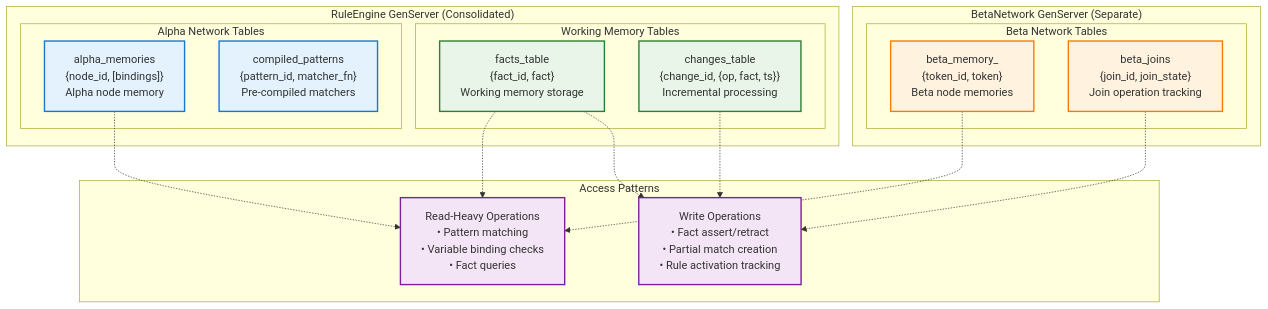
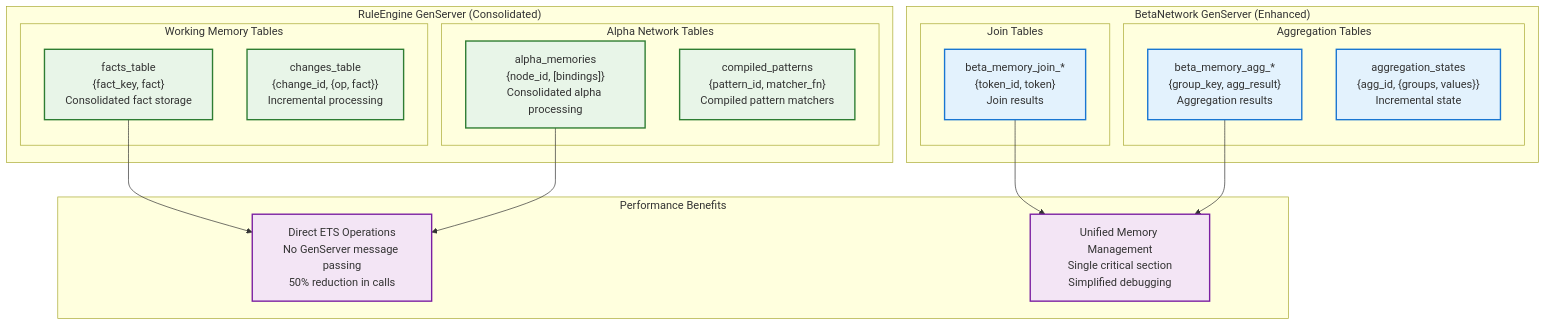
The fourth of 6 diagrams in specs/architecture.md (hl/presto), drawn with Mermaid before and after one commit. The commit also changed other lines of this file and 11 other files, not shown here.

````diff
--- a/specs/architecture.md
+++ b/specs/architecture.md
@@ -573,44 +300,43 @@
 ```mermaid
 graph TB
     subgraph "RuleEngine GenServer (Consolidated)"
         subgraph "Working Memory Tables"
-            FactsTable["facts_table<br/>{fact_id, fact}<br/>Working memory storage"]
-            ChangesTable["changes_table<br/>{change_id, {op, fact, ts}}<br/>Incremental processing"]
+            FactsTable["facts_table<br/>{fact_key, fact}<br/>Consolidated fact storage"]
+            ChangesTable["changes_table<br/>{change_id, {op, fact}}<br/>Incremental processing"]
         end
         
         subgraph "Alpha Network Tables"
-            AlphaMemories["alpha_memories<br/>{node_id, [bindings]}<br/>Alpha node memory"]
-            CompiledPatterns["compiled_patterns<br/>{pattern_id, matcher_fn}<br/>Pre-compiled matchers"]
+            AlphaMemories["alpha_memories<br/>{node_id, [bindings]}<br/>Consolidated alpha processing"]
+            CompiledPatterns["compiled_patterns<br/>{pattern_id, matcher_fn}<br/>Compiled pattern matchers"]
         end
     end
     
-    subgraph "BetaNetwork GenServer (Separate)"
-        subgraph "Beta Network Tables"
-            BetaMemoryNodes["beta_memory_<node_id><br/>{token_id, token}<br/>Beta node memories"]
-            BetaJoins["beta_joins<br/>{join_id, join_state}<br/>Join operation tracking"]
+    subgraph "BetaNetwork GenServer (Enhanced)"
+        subgraph "Join Tables"
+            BetaMemoryJoins["beta_memory_join_*<br/>{token_id, token}<br/>Join results"]
+        end
+        
+        subgraph "Aggregation Tables"
+            BetaMemoryAggs["beta_memory_agg_*<br/>{group_key, agg_result}<br/>Aggregation results"]
+            AggStates["aggregation_states<br/>{agg_id, {groups, values}}<br/>Incremental state"]
         end
     end
     
-    subgraph "Access Patterns"
-        ReadHeavy["Read-Heavy Operations<br/>• Pattern matching<br/>• Variable binding checks<br/>• Fact queries"]
-        WriteOps["Write Operations<br/>• Fact assert/retract<br/>• Partial match creation<br/>• Rule activation tracking"]
+    subgraph "Performance Benefits"
+        DirectOps[Direct ETS Operations<br/>No GenServer message passing<br/>50% reduction in calls]
+        UnifiedMgmt[Unified Memory Management<br/>Single critical section<br/>Simplified debugging]
     end
     
-    FactsTable -.-> ReadHeavy
-    AlphaMemories -.-> ReadHeavy
-    BetaMemoryNodes -.-> ReadHeavy
+    FactsTable --> DirectOps
+    AlphaMemories --> DirectOps
+    BetaMemoryJoins --> UnifiedMgmt
+    BetaMemoryAggs --> UnifiedMgmt
     
-    FactsTable -.-> WriteOps
-    ChangesTable -.-> WriteOps
-    BetaJoins -.-> WriteOps
+    classDef consolidated fill:#e8f5e8,stroke:#2e7d32,stroke-width:2px
+    classDef enhanced fill:#e3f2fd,stroke:#1976d2,stroke-width:2px
+    classDef benefits fill:#f3e5f5,stroke:#7b1fa2,stroke-width:2px
     
-    classDef workingMemory fill:#e8f5e8,stroke:#2e7d32,stroke-width:2px
-    classDef alphaNetwork fill:#e3f2fd,stroke:#1976d2,stroke-width:2px
-    classDef betaNetwork fill:#fff3e0,stroke:#f57c00,stroke-width:2px
-    classDef operations fill:#f3e5f5,stroke:#7b1fa2,stroke-width:2px
-    
-    class FactsTable,ChangesTable workingMemory
-    class AlphaMemories,CompiledPatterns alphaNetwork
-    class BetaMemoryNodes,BetaJoins betaNetwork
-    class ReadHeavy,WriteOps operations
+    class FactsTable,ChangesTable,AlphaMemories,CompiledPatterns consolidated
+    class BetaMemoryJoins,BetaMemoryAggs,AggStates enhanced
+    class DirectOps,UnifiedMgmt benefits
 ```
````
